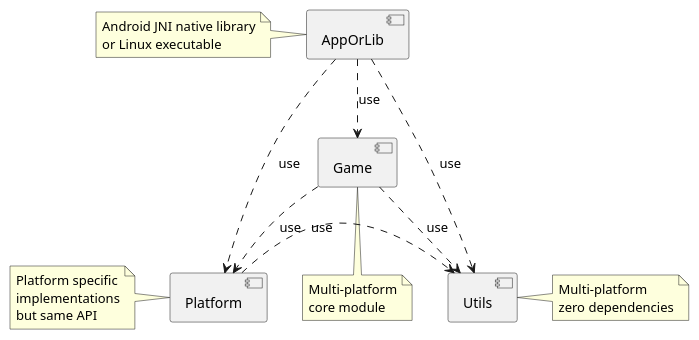
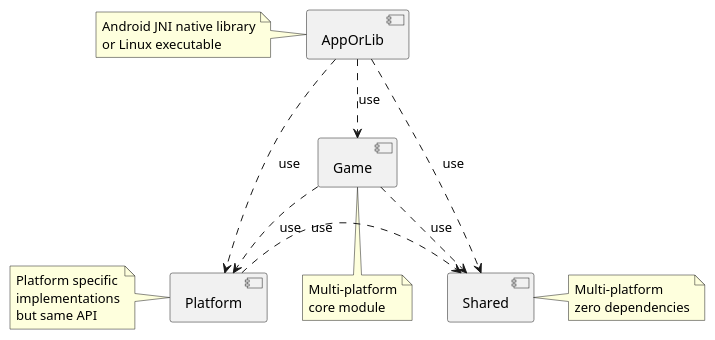
One commit to simonppg/Break_it_all changed the diagram in docs/appOrlib.plantuml. Above: the diagram before and after it, drawn with PlantUML. The commit also changed 46 other files, not shown here.

```diff
--- a/docs/appOrlib.plantuml
+++ b/docs/appOrlib.plantuml
@@ -1,33 +1,33 @@
 @startuml diagram
 
 [AppOrLib] ..> [Game] : use
 [AppOrLib] ..> [Platform] : use
-[AppOrLib] ..> [Utils] : use
+[AppOrLib] ..> [Shared] : use
 
 [Game] ..> [Platform] : use
-[Game] ..> [Utils] : use
+[Game] ..> [Shared] : use
 
-[Platform] .right.> [Utils] : use
+[Platform] .right.> [Shared] : use
 
 note left of [AppOrLib]
   Android JNI native library
   or Linux executable
 end note
 
 note bottom of [Game]
   Multi-platform
   core module
 end note
 
 note left of [Platform]
   Platform specific
   implementations
   but same API
 end note
 
-note right of [Utils]
+note right of [Shared]
   Multi-platform
   zero dependencies
 end note
 
 @enduml
```
